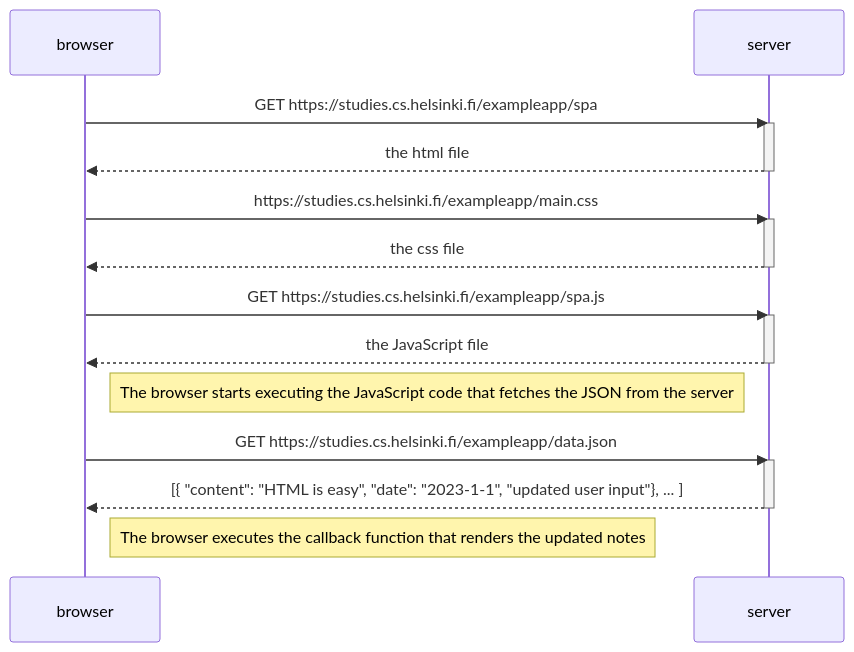
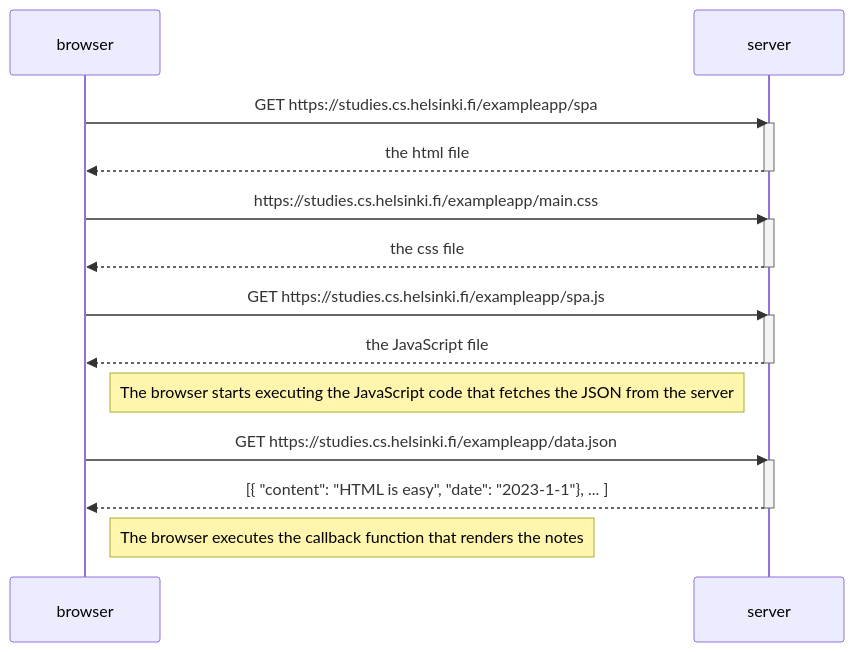
One commit to Heiguli/full_stack_online_course changed the diagram in exercise0/exercise0_5.md. Above: the diagram before and after it, drawn with Mermaid.

Commit message:
Fix JSON response and note rendering description

````diff
--- a/exercise0/exercise0_5.md
+++ b/exercise0/exercise0_5.md
@@ -1,31 +1,31 @@
 ```mermaid
 
 sequenceDiagram
     participant browser
     participant server
 
     browser->>server: GET https://studies.cs.helsinki.fi/exampleapp/spa
     activate server
     server-->>browser: the html file 
     deactivate server
 
     browser->>server: https://studies.cs.helsinki.fi/exampleapp/main.css
     activate server
     server-->>browser: the css file
     deactivate server
 
     browser->>server: GET https://studies.cs.helsinki.fi/exampleapp/spa.js
     activate server
     server-->>browser: the JavaScript file
     deactivate server
 
     Note right of browser: The browser starts executing the JavaScript code that fetches the JSON from the server
 
     browser->>server: GET https://studies.cs.helsinki.fi/exampleapp/data.json
     activate server
-    server-->>browser: [{ "content": "HTML is easy", "date": "2023-1-1", "updated user input"}, ... ]
+    server-->>browser: [{ "content": "HTML is easy", "date": "2023-1-1"}, ... ]
     deactivate server
 
-    Note right of browser: The browser executes the callback function that renders the updated notes
+    Note right of browser: The browser executes the callback function that renders the notes
 
 ```
````
